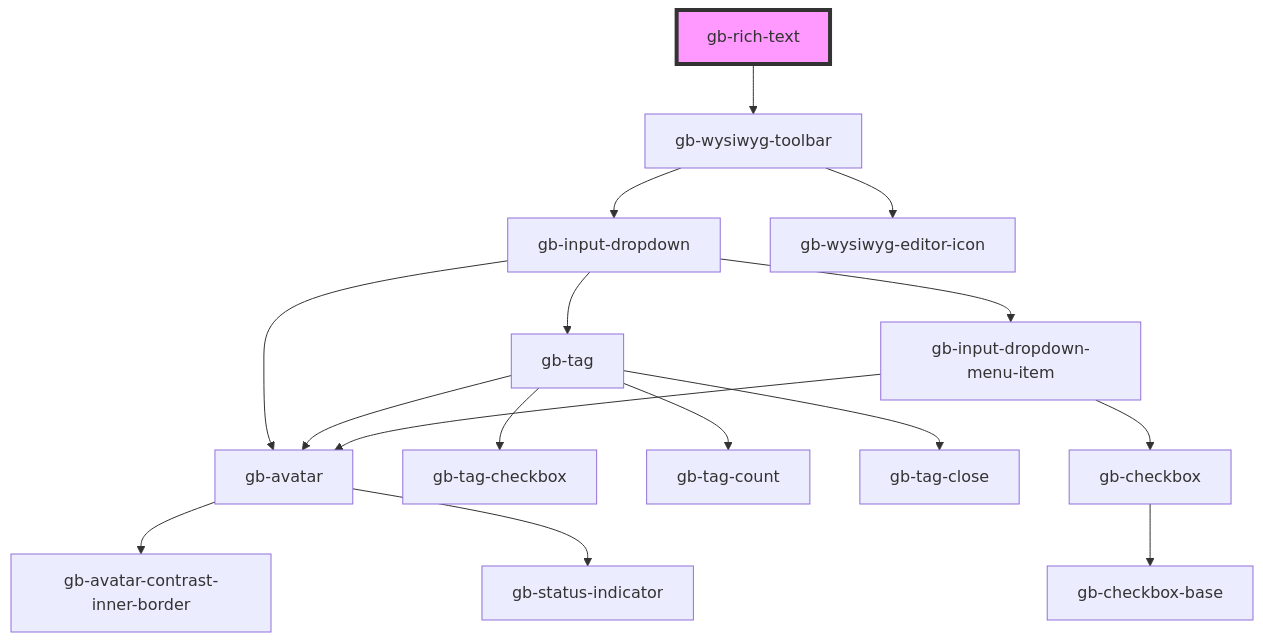
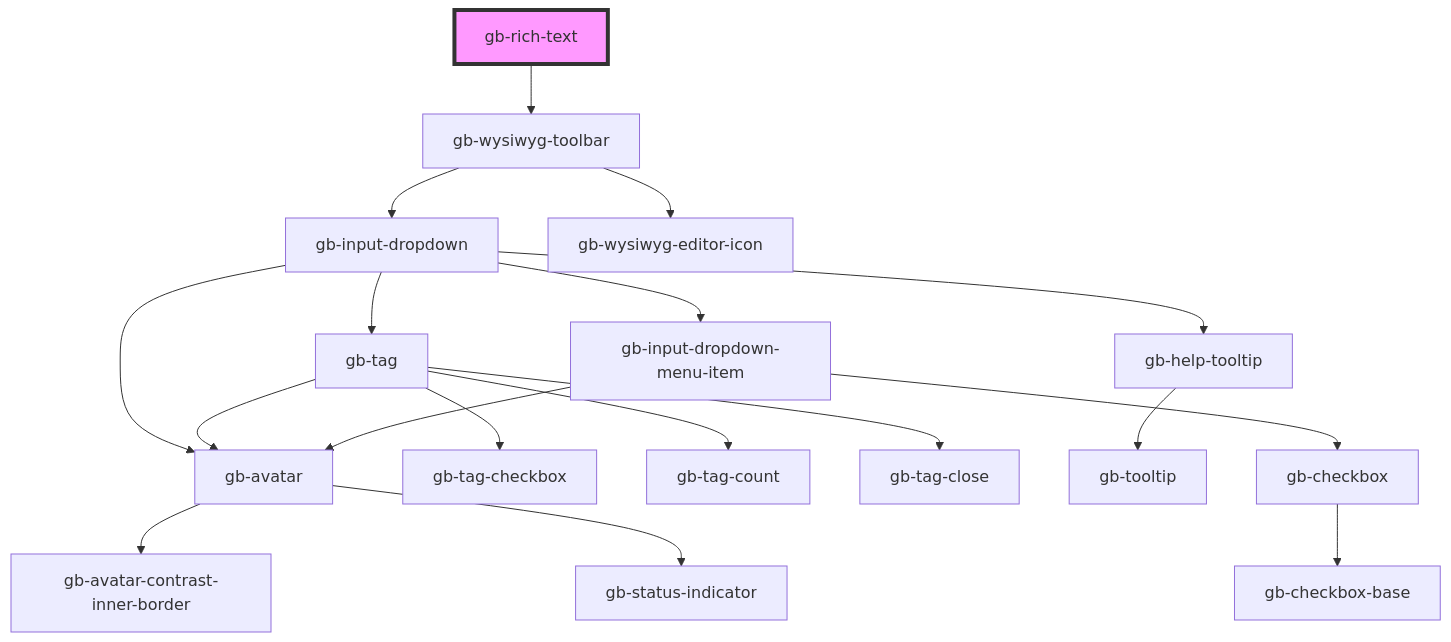
One commit to Emmanuel1858/globusComponent changed the diagram in src/components/gb-rich-text/readme.md. Above: the diagram before and after it, drawn with Mermaid. The commit also changed 34 other files, not shown here.

````diff
--- a/src/components/gb-rich-text/readme.md
+++ b/src/components/gb-rich-text/readme.md
@@ -29,19 +29,21 @@
 ```mermaid
 graph TD;
   gb-rich-text --> gb-wysiwyg-toolbar
   gb-wysiwyg-toolbar --> gb-input-dropdown
   gb-wysiwyg-toolbar --> gb-wysiwyg-editor-icon
   gb-input-dropdown --> gb-avatar
   gb-input-dropdown --> gb-tag
+  gb-input-dropdown --> gb-help-tooltip
   gb-input-dropdown --> gb-input-dropdown-menu-item
   gb-avatar --> gb-avatar-contrast-inner-border
   gb-avatar --> gb-status-indicator
   gb-tag --> gb-tag-checkbox
   gb-tag --> gb-avatar
   gb-tag --> gb-tag-count
   gb-tag --> gb-tag-close
+  gb-help-tooltip --> gb-tooltip
   gb-input-dropdown-menu-item --> gb-avatar
   gb-input-dropdown-menu-item --> gb-checkbox
   gb-checkbox --> gb-checkbox-base
   style gb-rich-text fill:#f9f,stroke:#333,stroke-width:4px
 ```
````
